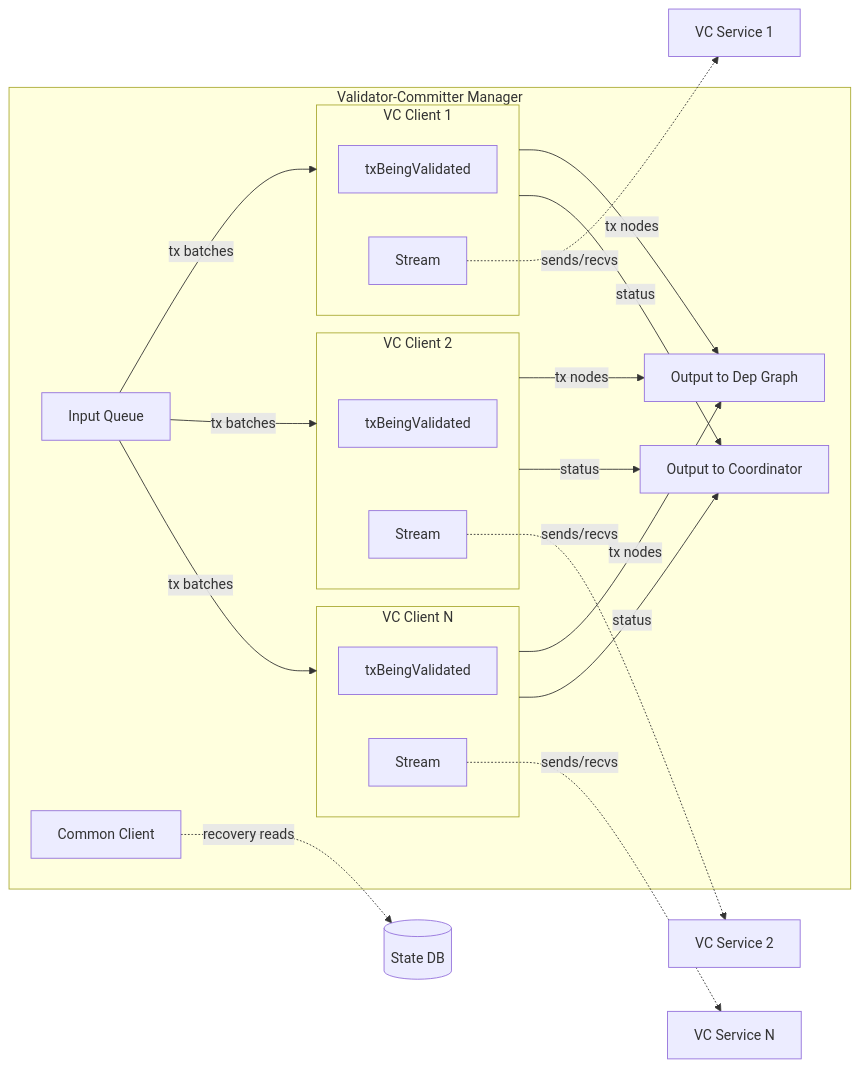
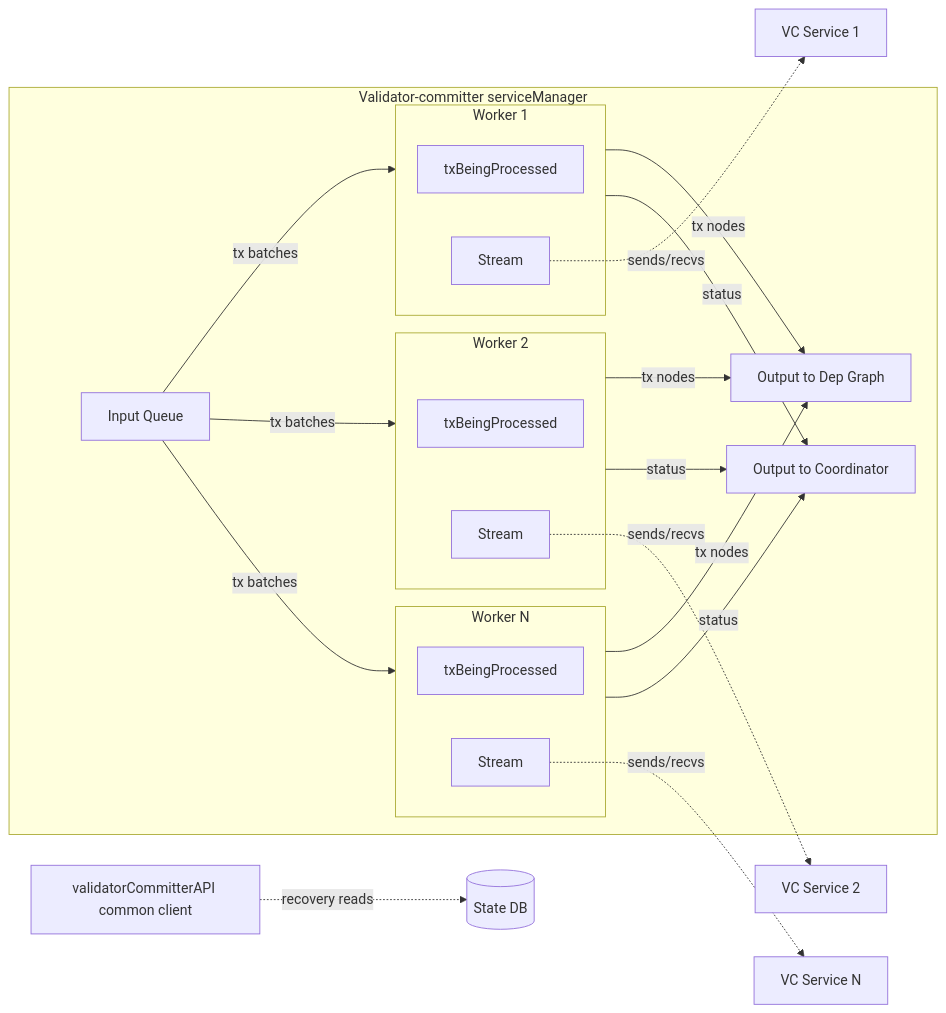
Before and after one commit to liran-funaro/fabric-x-committer: diagram 12 of 13 in docs/coordinator-block-diagram.md, drawn with Mermaid. The commit also changed other lines of this file and 9 other files, not shown here.

Commit message:
[coordinator] Introduce a unified service manager

````diff
--- a/docs/coordinator-block-diagram.md
+++ b/docs/coordinator-block-diagram.md
@@ -559,35 +561,36 @@
 ```mermaid
 flowchart LR
-    subgraph VCM[Validator-Committer Manager]
+    subgraph VCM[Validator-committer serviceManager]
         IQ[Input Queue]
-        CC[Common Client]
-        subgraph VC1[VC Client 1]
-            TB1[txBeingValidated]
+        subgraph VC1[Worker 1]
+            TB1[txBeingProcessed]
             S1[Stream]
         end
-        subgraph VC2[VC Client 2]
-            TB2[txBeingValidated]
+        subgraph VC2[Worker 2]
+            TB2[txBeingProcessed]
             S2[Stream]
         end
-        subgraph VCN[VC Client N]
-            TBN[txBeingValidated]
+        subgraph VCN[Worker N]
+            TBN[txBeingProcessed]
             SN[Stream]
         end
         OQ1[Output to Dep Graph]
         OQ2[Output to Coordinator]
     end
+
+    CC[validatorCommitterAPI common client]
 
     IQ -->|tx batches| VC1
     IQ -->|tx batches| VC2
     IQ -->|tx batches| VCN
     CC -.->|recovery reads| DB[(State DB)]
     S1 -.->|sends/recvs| VCP1[VC Service 1]
     S2 -.->|sends/recvs| VCP2[VC Service 2]
     SN -.->|sends/recvs| VCPN[VC Service N]
     VC1 -->|tx nodes| OQ1
     VC1 -->|status| OQ2
     VC2 -->|tx nodes| OQ1
     VC2 -->|status| OQ2
     VCN -->|tx nodes| OQ1
     VCN -->|status| OQ2
 ```
````
